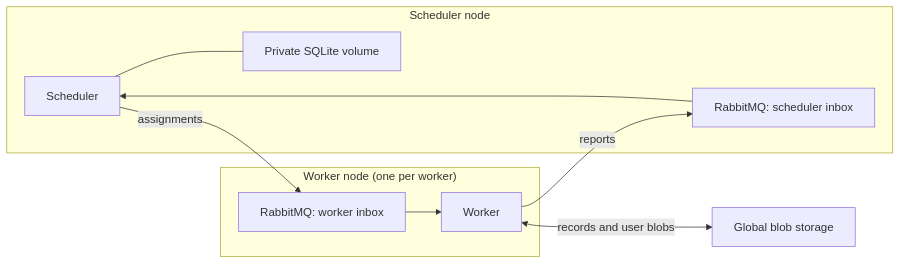
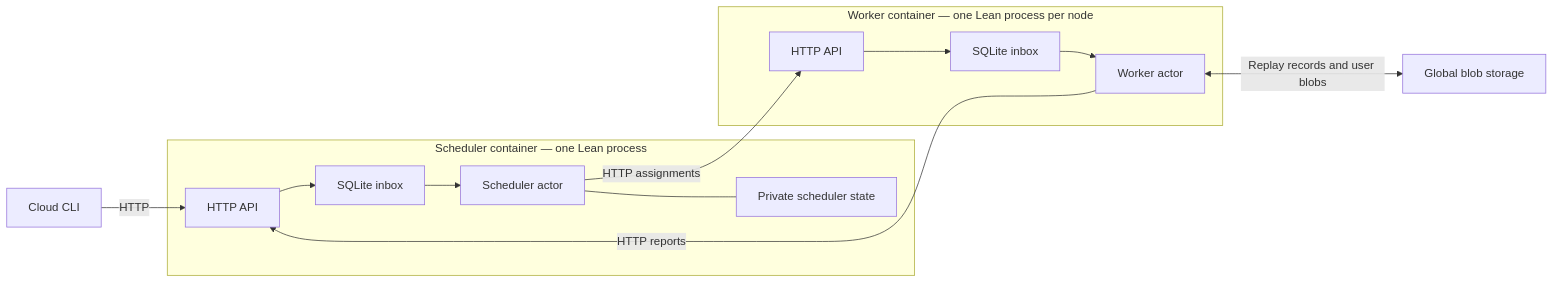
The diagram in LeanCloud/Deployment.md (palladin/lean-cloud), drawn with Mermaid before and after one commit. The commit also changed other lines of this file and 43 other files, not shown here.

````diff
--- a/LeanCloud/Deployment.md
+++ b/LeanCloud/Deployment.md
@@ -35,18 +21,21 @@
 ```mermaid
 flowchart LR
-  subgraph schedulerNode["Scheduler node"]
-    S[Scheduler]
-    SQ[RabbitMQ: scheduler inbox]
-    D[Private SQLite volume]
-    SQ --> S
-    S --- D
+  CLI[Cloud CLI] -->|HTTP| API
+  subgraph Scheduler[Scheduler container — one Lean process]
+    API[HTTP API]
+    SQ[SQLite inbox]
+    S[Scheduler actor]
+    DB[Private scheduler state]
+    API --> SQ --> S
+    S --- DB
   end
-  subgraph workerNode["Worker node (one per worker)"]
-    W[Worker]
-    WQ[RabbitMQ: worker inbox]
-    WQ --> W
+  subgraph Worker[Worker container — one Lean process per node]
+    HTTP[HTTP API]
+    WQ[SQLite inbox]
+    W[Worker actor]
+    HTTP --> WQ --> W
   end
-  S -->|assignments| WQ
-  W -->|reports| SQ
-  W <-->|records and user blobs| B[Global blob storage]
+  S -->|HTTP assignments| HTTP
+  W -->|HTTP reports| API
+  W <-->|Replay records and user blobs| B[Global blob storage]
 ```
````
